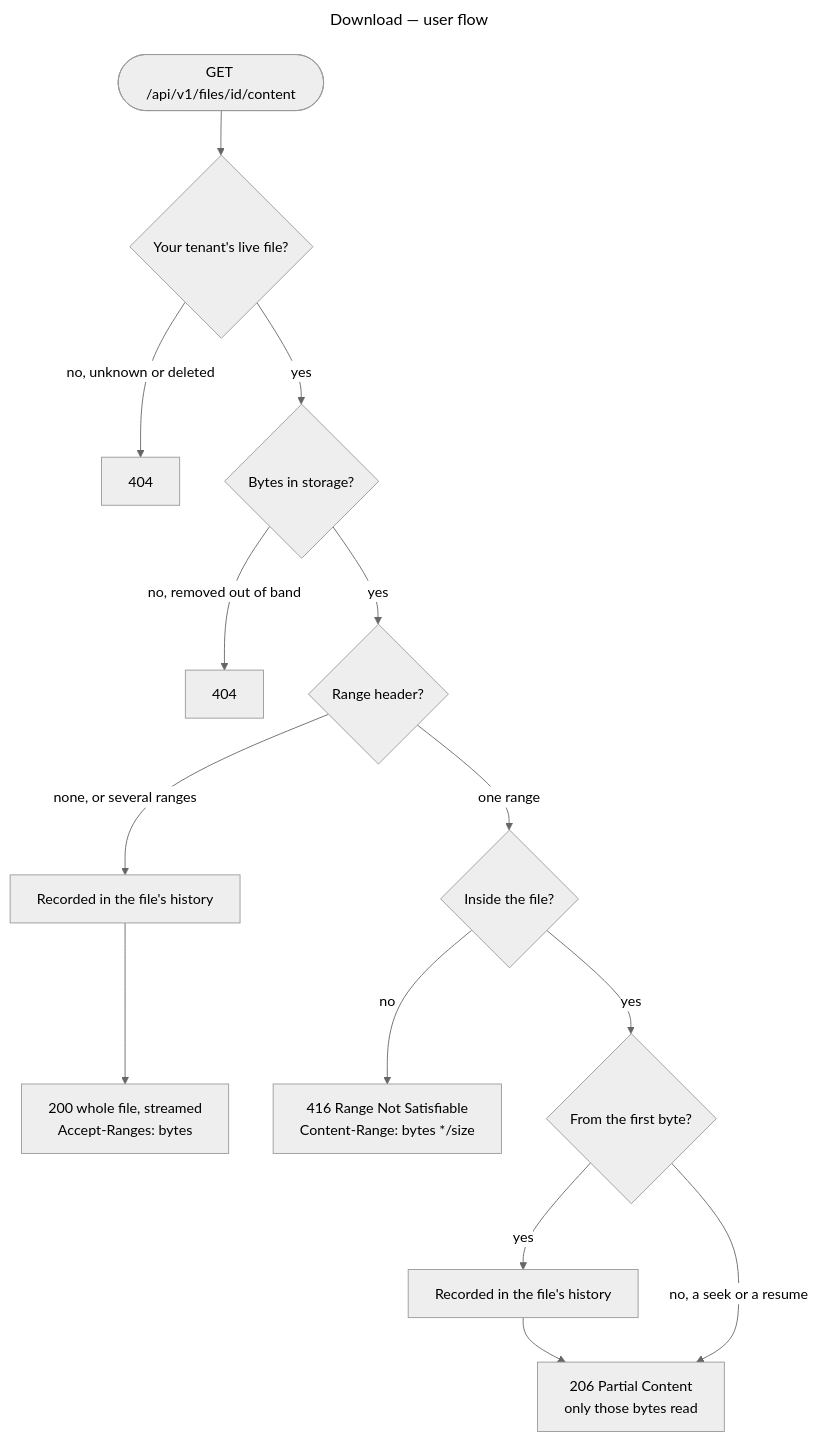
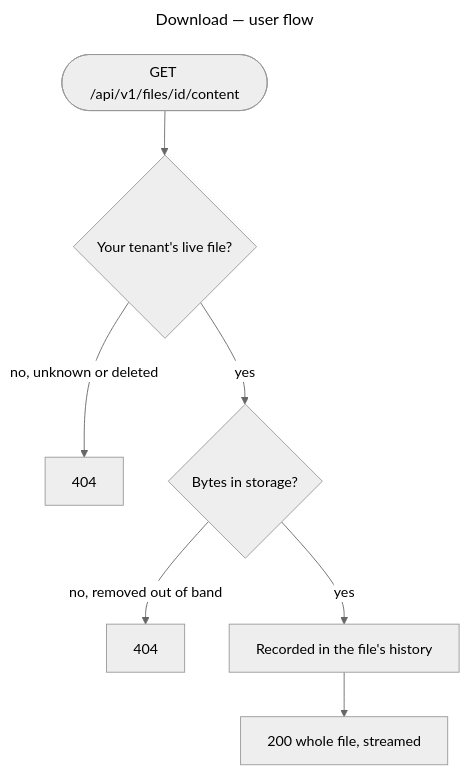
The seventh of 11 diagrams in docs/user-flows.md (gmetskhvarishvili/GM.FileStorage.Samples), drawn with Mermaid (neutral theme) before and after one commit. The commit also changed other lines of this file and 20 other files, not shown here.

````diff
--- a/docs/user-flows.md
+++ b/docs/user-flows.md
@@ -168,19 +168,12 @@
 ```mermaid
 ---
 title: Download — user flow
 ---
 flowchart TD
     start([GET /api/v1/files/id/content]) --> live{Your tenant's live file?}
     live -- no, unknown or deleted --> f404[404]
     live -- yes --> bytes{Bytes in storage?}
     bytes -- no, removed out of band --> b404[404]
-    bytes -- yes --> range{Range header?}
-    range -- none, or several ranges --> rec[Recorded in the file's history]
-    rec --> full[200 whole file, streamed<br/>Accept-Ranges: bytes]
-    range -- one range --> fits{Inside the file?}
-    fits -- no --> r416[416 Range Not Satisfiable<br/>Content-Range: bytes */size]
-    fits -- yes --> first{From the first byte?}
-    first -- yes --> recr[Recorded in the file's history]
-    recr --> part[206 Partial Content<br/>only those bytes read]
-    first -- no, a seek or a resume --> part
+    bytes -- yes --> rec[Recorded in the file's history]
+    rec --> full[200 whole file, streamed]
 ```
````
